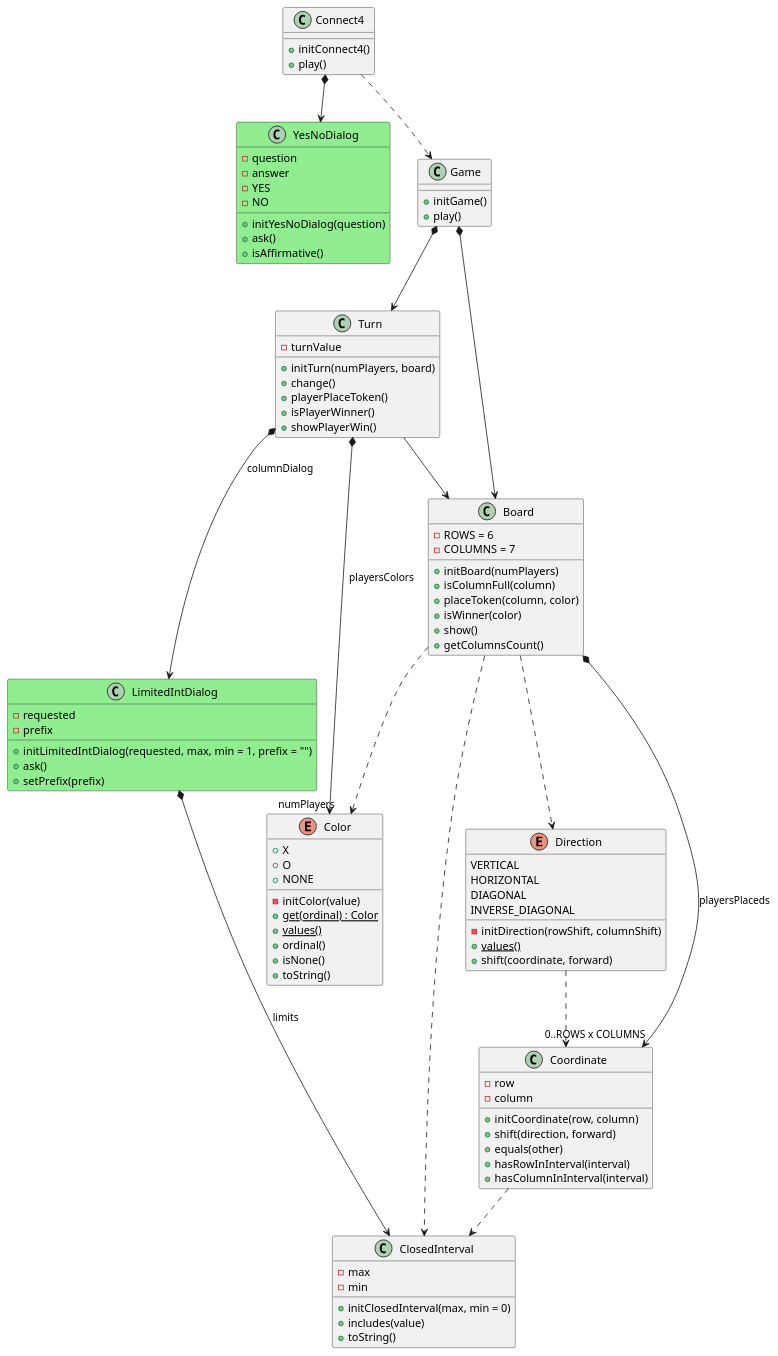
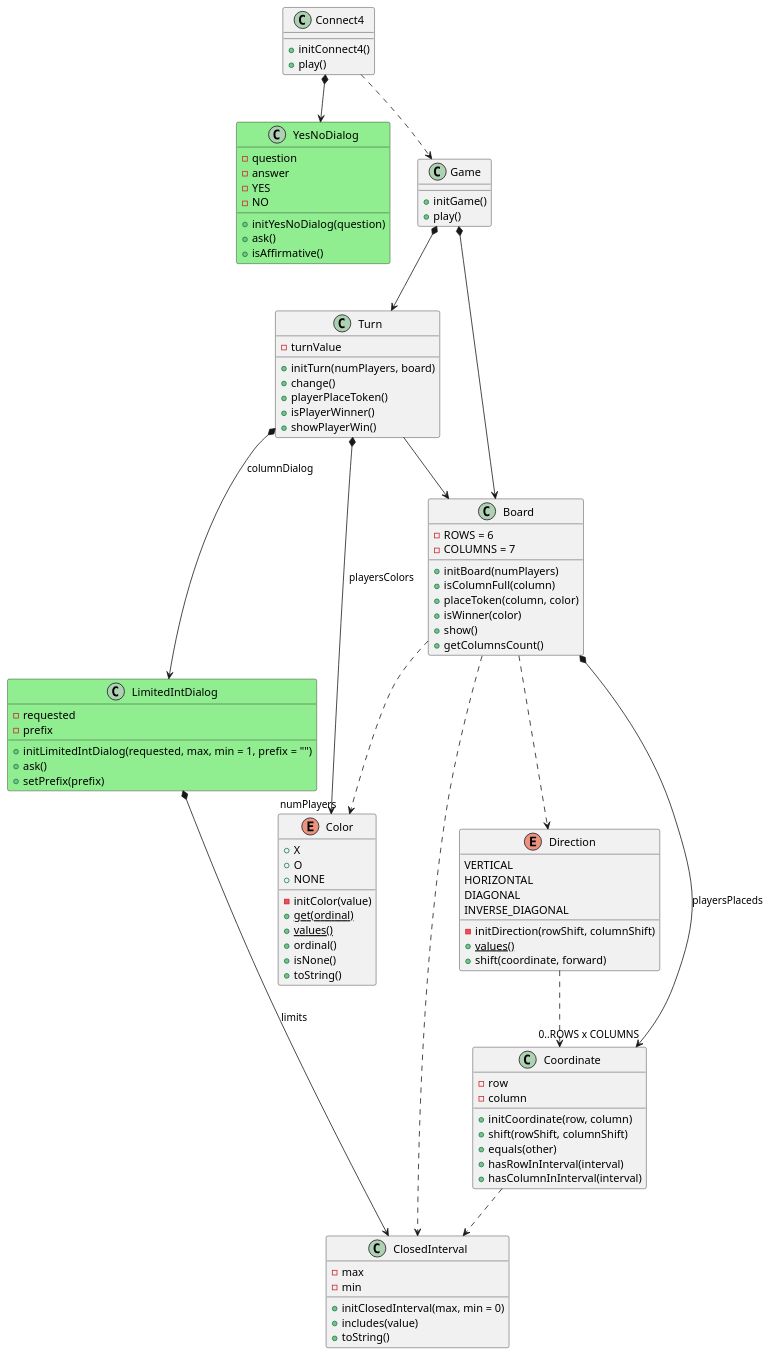
One commit to PabloMartinFluvia/myGame-connect4 changed the diagram in docs/dev-resume/src/analysis.plantuml. Above: the diagram before and after it, drawn with PlantUML. The commit also changed 3 other files, not shown here.

```diff
--- a/docs/dev-resume/src/analysis.plantuml
+++ b/docs/dev-resume/src/analysis.plantuml
@@ -1,117 +1,115 @@
 @startuml analysis
 
 class Connect4 {
 
     + initConnect4()
     + play()
 }
 Connect4 *--> YesNoDialog
 Connect4 ..> Game
 
 class Game {     
 
     + initGame()
     + play()
 }
 Game *--> Turn
 Game *--> Board
 
 class Turn {
     - turnValue
 
     + initTurn(numPlayers, board)    
     + change()      
     + playerPlaceToken()        
     + isPlayerWinner()
     + showPlayerWin()
 }
 Turn *--> "numPlayers" Color : playersColors
 Turn *--> LimitedIntDialog : columnDialog
 Turn --> Board
 
 class Board {
     - ROWS = 6
     - COLUMNS = 7
     
     + initBoard(numPlayers)
     + isColumnFull(column)
     + placeToken(column, color)
     + isWinner(color)
     + show()
     + getColumnsCount()
 }
 Board *--> "0..ROWS x COLUMNS" Coordinate : playersPlaceds
 Board ..> ClosedInterval
 Board ..> Direction
 Board ..> Color
 
 class Coordinate {
     - row
     - column 
 
     + initCoordinate(row, column)
-    + shift(direction, forward)
+    + shift(rowShift, columnShift)
     + equals(other)   
     + hasRowInInterval(interval)
     + hasColumnInInterval(interval)
 }
 Coordinate ..> ClosedInterval
+
+class ClosedInterval {
+    - max
+    - min
+
+    + initClosedInterval(max, min = 0)
+    + includes(value)
+    + toString()
+}
 
 enum Direction {
     VERTICAL
     HORIZONTAL
     DIAGONAL
     INVERSE_DIAGONAL
 
     - initDirection(rowShift, columnShift)
     + {static} values()
     + shift(coordinate, forward)
 }
 Direction ..> Coordinate
 
 enum Color {
     + X
     + O   
     + NONE 
 
     - initColor(value)
-    + {static} get(ordinal) : Color  
+    + {static} get(ordinal) 
     + {static} values()  
     + ordinal()
     + isNone()
     + toString()
 }
 
 class YesNoDialog #LightGreen {  
     - question
     - answer   
     - YES
     - NO
 
     + initYesNoDialog(question)
     + ask()
     + isAffirmative()
 }
 
 class LimitedIntDialog #LightGreen {
     - requested
     - prefix
     
-
     + initLimitedIntDialog(requested, max, min = 1, prefix = "") 
     + ask()
     + setPrefix(prefix)
 }
 LimitedIntDialog *--> ClosedInterval : limits
 
-class ClosedInterval {
-    - max
-    - min
-
-    + initClosedInterval(max, min = 0)
-    + includes(value)
-    + toString()
-}
-
-
 @enduml
```
